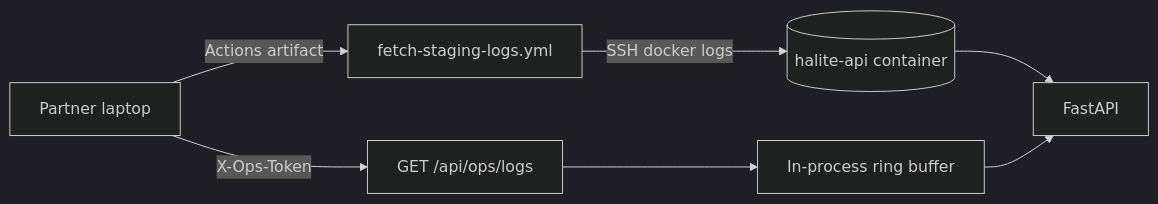
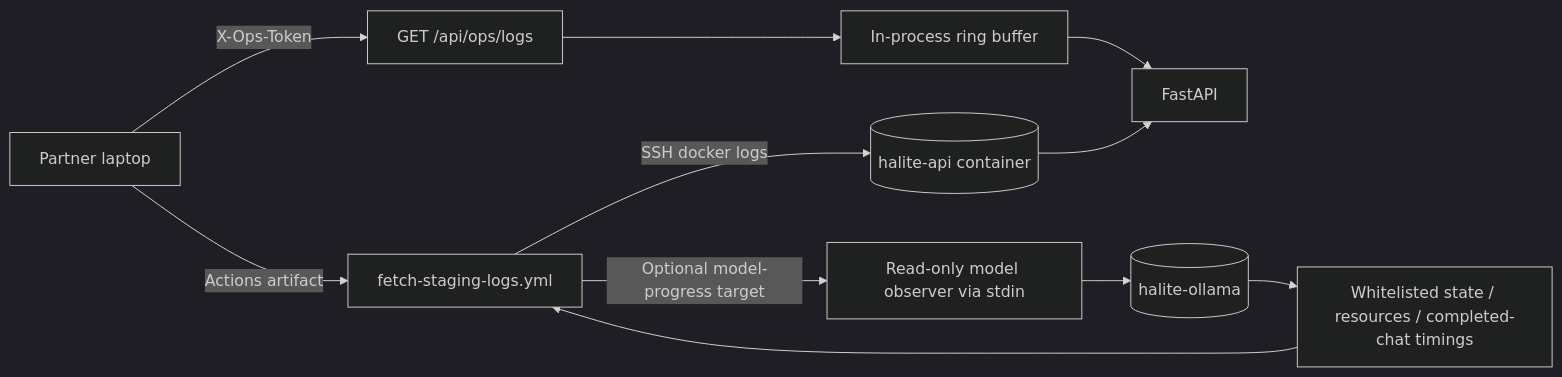
Before and after one commit to umaritics/halite: the first of 2 diagrams in knowledge/flows/FLOW-deploy.md, drawn with Mermaid (dark theme). The commit also changed other lines of this file and 6 other files, not shown here.

Commit message:
ops: observe model request progress without state changes

````diff
--- a/knowledge/flows/FLOW-deploy.md
+++ b/knowledge/flows/FLOW-deploy.md
@@ -26,9 +26,13 @@
 ```mermaid
 flowchart LR
   Dev[Partner laptop] -->|X-Ops-Token| LogsAPI["GET /api/ops/logs"]
   Dev -->|Actions artifact| GH[fetch-staging-logs.yml]
   GH -->|SSH docker logs| VM[(halite-api container)]
+  GH -->|Optional model-progress target| Observer[Read-only model observer via stdin]
+  Observer --> Model[(halite-ollama)]
+  Model --> Sanitized[Whitelisted state / resources / completed-chat timings]
+  Sanitized --> GH
   LogsAPI --> Ring[In-process ring buffer]
   VM --> API[FastAPI]
   Ring --> API
 ```
````
